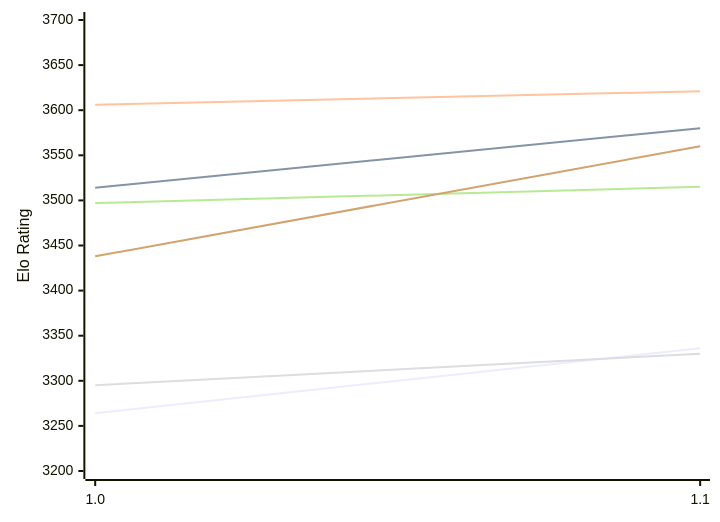
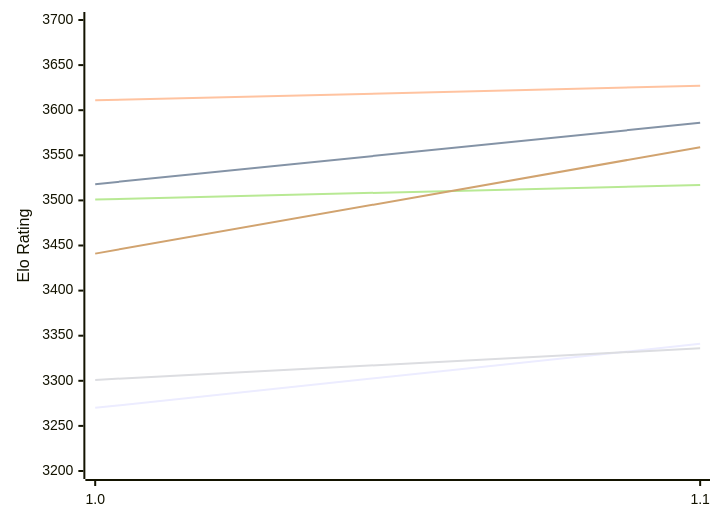
One commit to computer-chess-index/cci changed the first of 2 diagrams in engines/Horsie.md. Above: the diagram before and after it, drawn with Mermaid. The commit also changed other lines of this file, not shown here.

Commit message:
Update CCI Ratings (ELO VLTC) - 2026-11-20

````diff
--- a/engines/Horsie.md
+++ b/engines/Horsie.md
@@ -50,12 +50,12 @@
 ```mermaid
 %%{init: {"theme":"base","themeVariables":{"seriesColors:['#a3a3a3','#222221','#faa371']}}}%%
 xychart-beta
   x-axis ["1.0", "1.1"]
   y-axis "Elo Rating" 3200 --> 3700
-  line "E1: STC (8.0+0.08s)" [3264, 3336]
-  line "E1: LTC (60.0+0.60s)" [3514, 3580]
-  line "E1: VLTC (2m24s+1.12s)" [3606, 3621]
-  line "P1: STC (8.0+0.08s)" [3295, 3330]
-  line "P1: LTC (60.0+0.60s)" [3497, 3515]
-  line "P1: VLTC (2m24s+1.12s)" [3438, 3560]
+  line "E1: STC (8.0+0.08s)" [3270, 3341]
+  line "E1: LTC (60.0+0.60s)" [3518, 3586]
+  line "E1: VLTC (2m24s+1.12s)" [3611, 3627]
+  line "P1: STC (8.0+0.08s)" [3301, 3336]
+  line "P1: LTC (60.0+0.60s)" [3501, 3517]
+  line "P1: VLTC (2m24s+1.12s)" [3441, 3559]
 ```
````
